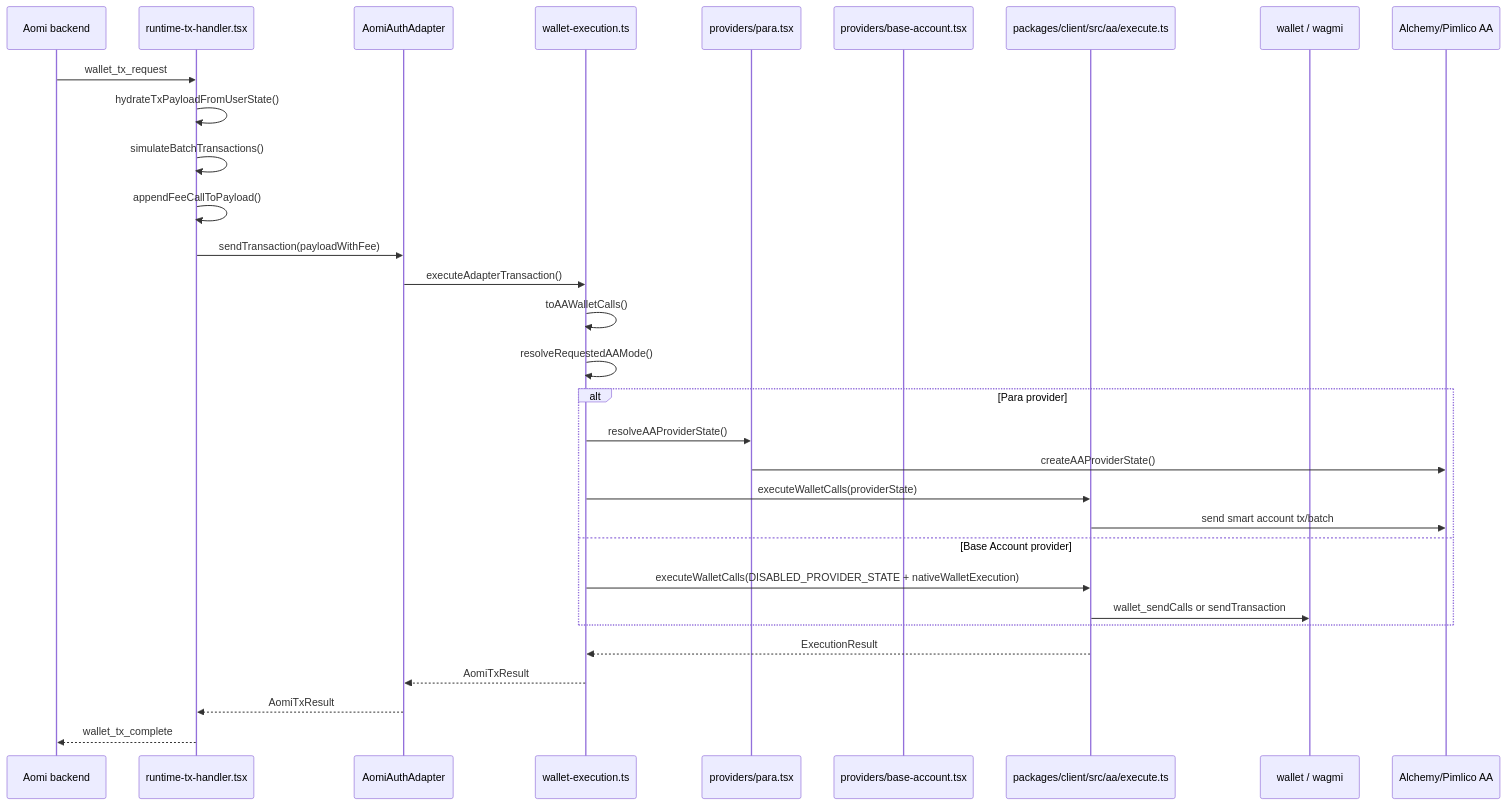
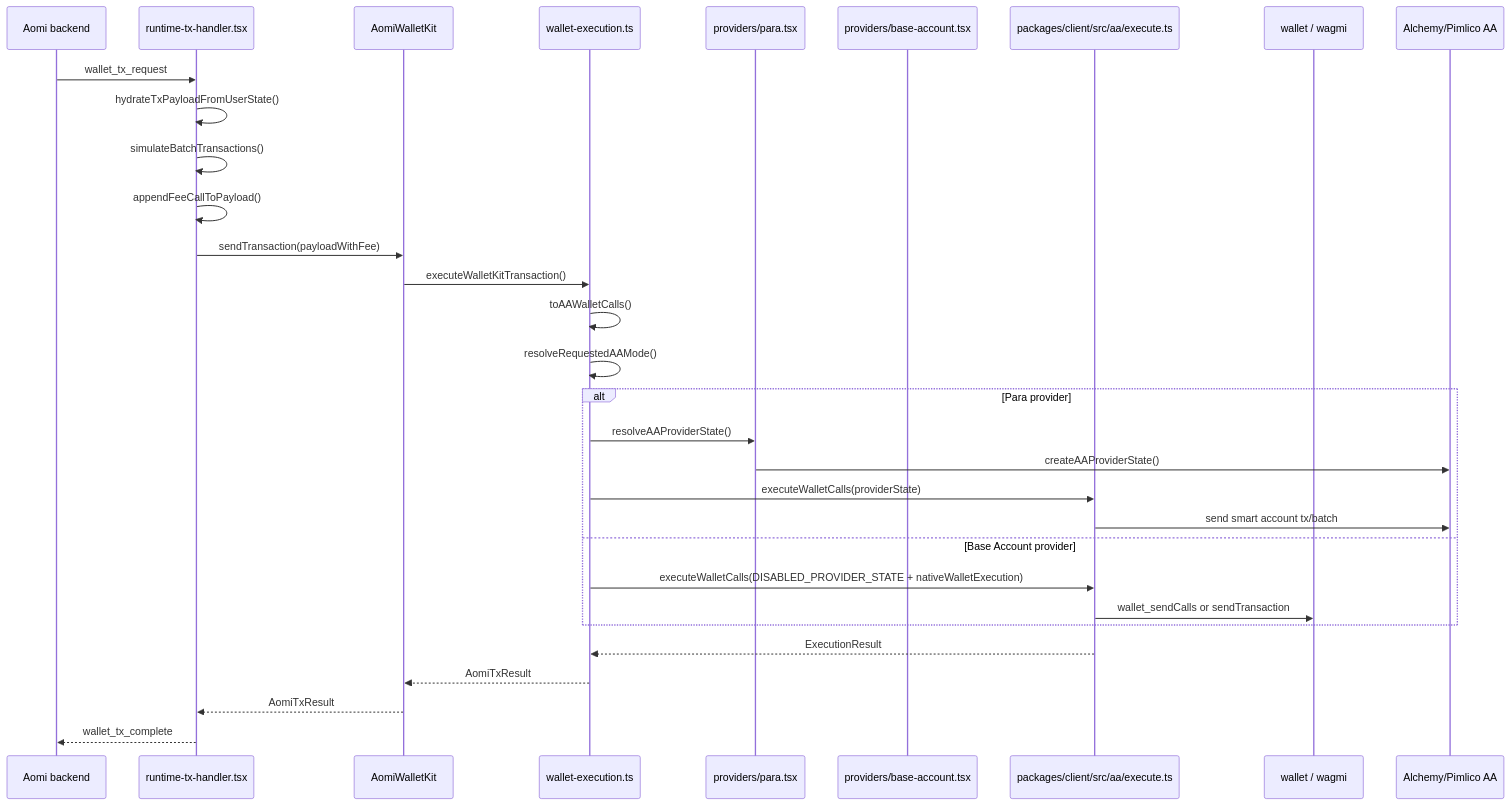
The ninth of 24 diagrams in specs/WALLET-ADAPTERS-ARCH.md (aomi-labs/aomi-widget), drawn with Mermaid before and after one commit. The commit also changed other lines of this file and 200 other files, not shown here.

````diff
--- a/specs/WALLET-ADAPTERS-ARCH.md
+++ b/specs/WALLET-ADAPTERS-ARCH.md
@@ -594,34 +594,34 @@
 ```mermaid
 sequenceDiagram
   participant Backend as Aomi backend
   participant Runtime as runtime-tx-handler.tsx
-  participant Adapter as AomiAuthAdapter
+  participant Adapter as AomiWalletKit
   participant Shared as wallet-execution.ts
   participant Para as providers/para.tsx
   participant Base as providers/base-account.tsx
   participant Execute as packages/client/src/aa/execute.ts
   participant Wallet as wallet / wagmi
   participant AA as Alchemy/Pimlico AA
 
   Backend->>Runtime: wallet_tx_request
   Runtime->>Runtime: hydrateTxPayloadFromUserState()
   Runtime->>Runtime: simulateBatchTransactions()
   Runtime->>Runtime: appendFeeCallToPayload()
   Runtime->>Adapter: sendTransaction(payloadWithFee)
-  Adapter->>Shared: executeAdapterTransaction()
+  Adapter->>Shared: executeWalletKitTransaction()
   Shared->>Shared: toAAWalletCalls()
   Shared->>Shared: resolveRequestedAAMode()
   alt Para provider
     Shared->>Para: resolveAAProviderState()
     Para->>AA: createAAProviderState()
     Shared->>Execute: executeWalletCalls(providerState)
     Execute->>AA: send smart account tx/batch
   else Base Account provider
     Shared->>Execute: executeWalletCalls(DISABLED_PROVIDER_STATE + nativeWalletExecution)
     Execute->>Wallet: wallet_sendCalls or sendTransaction
   end
   Execute-->>Shared: ExecutionResult
   Shared-->>Adapter: AomiTxResult
   Adapter-->>Runtime: AomiTxResult
   Runtime-->>Backend: wallet_tx_complete
 ```
````
